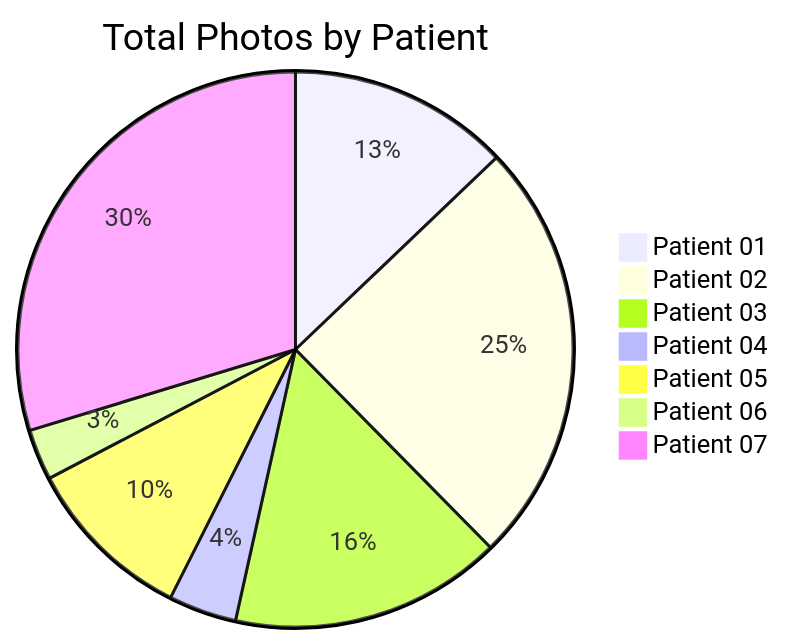
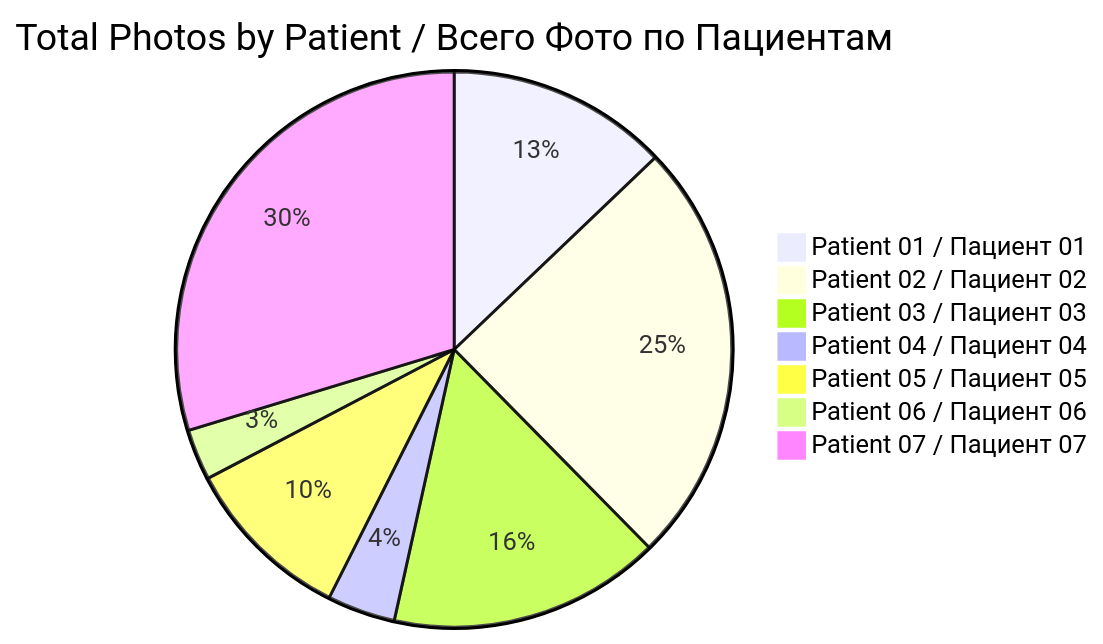
One commit to AdvancedScientificResearchProjects/Hyperbolic_Field_BloodPlasma_Study changed the first of 5 diagrams in original_research/data/README.md. Above: the diagram before and after it, drawn with Mermaid. The commit also changed other lines of this file, not shown here.

First line of the commit message:
📊 Add bilingual Patient Data Hub README

````diff
--- a/original_research/data/README.md
+++ b/original_research/data/README.md
@@ -17,10 +17,10 @@
 ```mermaid
-pie title Total Photos by Patient
-    "Patient 01" : 13
-    "Patient 02" : 25
-    "Patient 03" : 16
-    "Patient 04" : 4
-    "Patient 05" : 10
-    "Patient 06" : 3
-    "Patient 07" : 30
+pie title Total Photos by Patient / Всего Фото по Пациентам
+    "Patient 01 / Пациент 01" : 13
+    "Patient 02 / Пациент 02" : 25
+    "Patient 03 / Пациент 03" : 16
+    "Patient 04 / Пациент 04" : 4
+    "Patient 05 / Пациент 05" : 10
+    "Patient 06 / Пациент 06" : 3
+    "Patient 07 / Пациент 07" : 30
 ```
````
